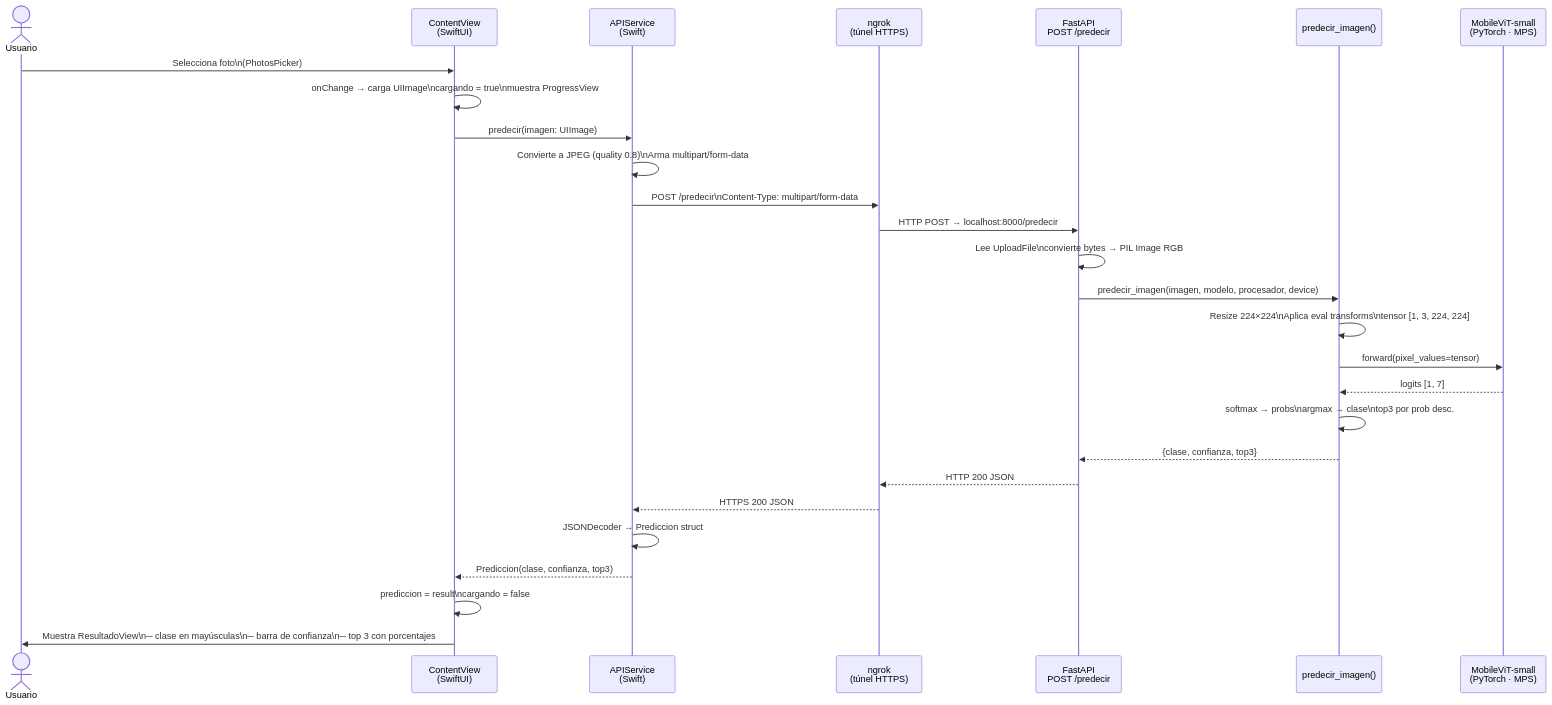
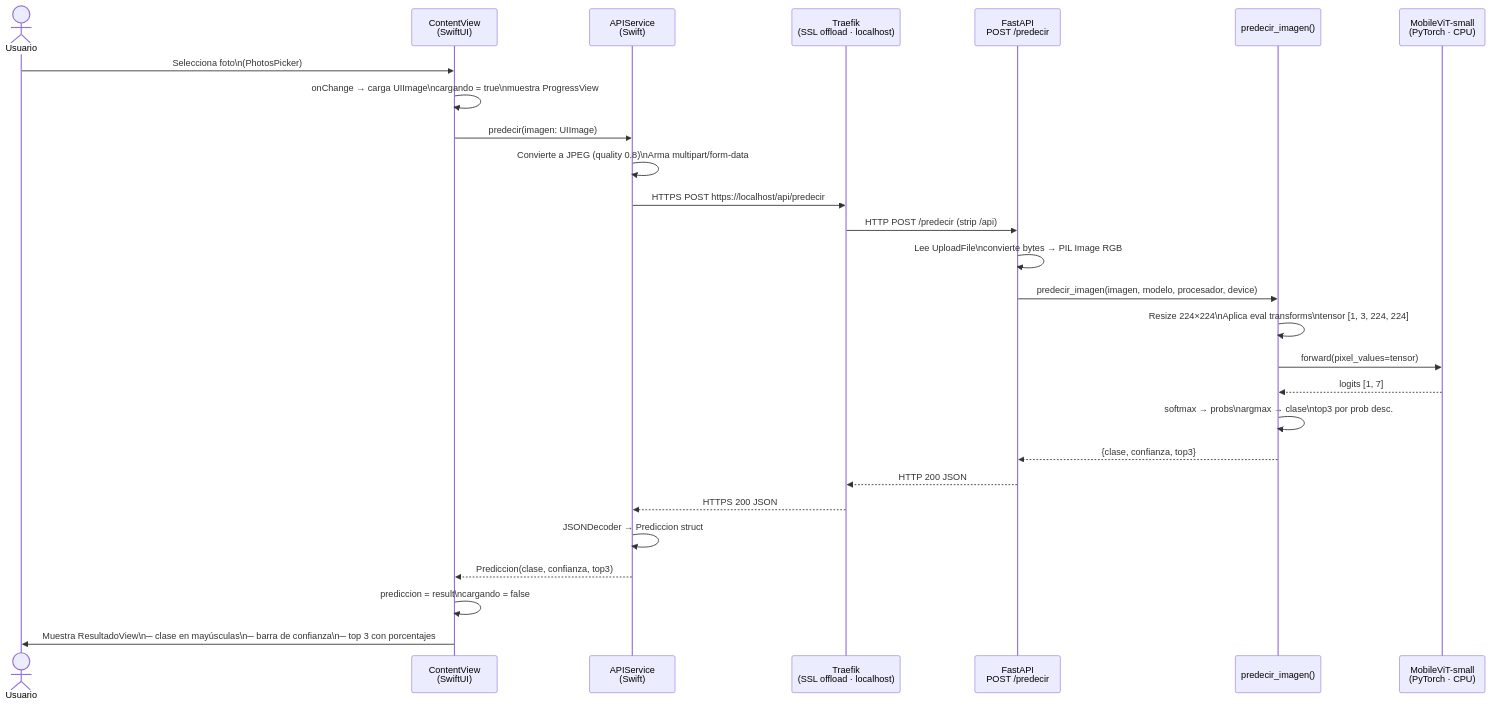
One commit to matiastripode/car-damage-vit changed the second of 3 diagrams in README.md. Above: the diagram before and after it, drawn with Mermaid. The commit also changed other lines of this file and 6 other files, not shown here.

````diff
--- a/README.md
+++ b/README.md
@@ -89,30 +89,30 @@
 ```mermaid
 sequenceDiagram
     actor Usuario
     participant App as ContentView<br/>(SwiftUI)
     participant Svc as APIService<br/>(Swift)
-    participant Ngrok as ngrok<br/>(túnel HTTPS)
+    participant TRF as Traefik<br/>(SSL offload · localhost)
     participant API as FastAPI<br/>POST /predecir
     participant Inf as predecir_imagen()
-    participant Modelo as MobileViT-small<br/>(PyTorch · MPS)
+    participant Modelo as MobileViT-small<br/>(PyTorch · CPU)
 
     Usuario->>App: Selecciona foto\n(PhotosPicker)
     App->>App: onChange → carga UIImage\ncargando = true\nmuestra ProgressView
     App->>Svc: predecir(imagen: UIImage)
     Svc->>Svc: Convierte a JPEG (quality 0.8)\nArma multipart/form-data
-    Svc->>Ngrok: POST /predecir\nContent-Type: multipart/form-data
-    Ngrok->>API: HTTP POST → localhost:8000/predecir
+    Svc->>TRF: HTTPS POST https://localhost/api/predecir
+    TRF->>API: HTTP POST /predecir (strip /api)
     API->>API: Lee UploadFile\nconvierte bytes → PIL Image RGB
     API->>Inf: predecir_imagen(imagen, modelo, procesador, device)
     Inf->>Inf: Resize 224×224\nAplica eval transforms\ntensor [1, 3, 224, 224]
     Inf->>Modelo: forward(pixel_values=tensor)
     Modelo-->>Inf: logits [1, 7]
     Inf->>Inf: softmax → probs\nargmax → clase\ntop3 por prob desc.
     Inf-->>API: {clase, confianza, top3}
-    API-->>Ngrok: HTTP 200 JSON
-    Ngrok-->>Svc: HTTPS 200 JSON
+    API-->>TRF: HTTP 200 JSON
+    TRF-->>Svc: HTTPS 200 JSON
     Svc->>Svc: JSONDecoder → Prediccion struct
     Svc-->>App: Prediccion(clase, confianza, top3)
     App->>App: prediccion = result\ncargando = false
     App->>Usuario: Muestra ResultadoView\n─ clase en mayúsculas\n─ barra de confianza\n─ top 3 con porcentajes
 ```
````
